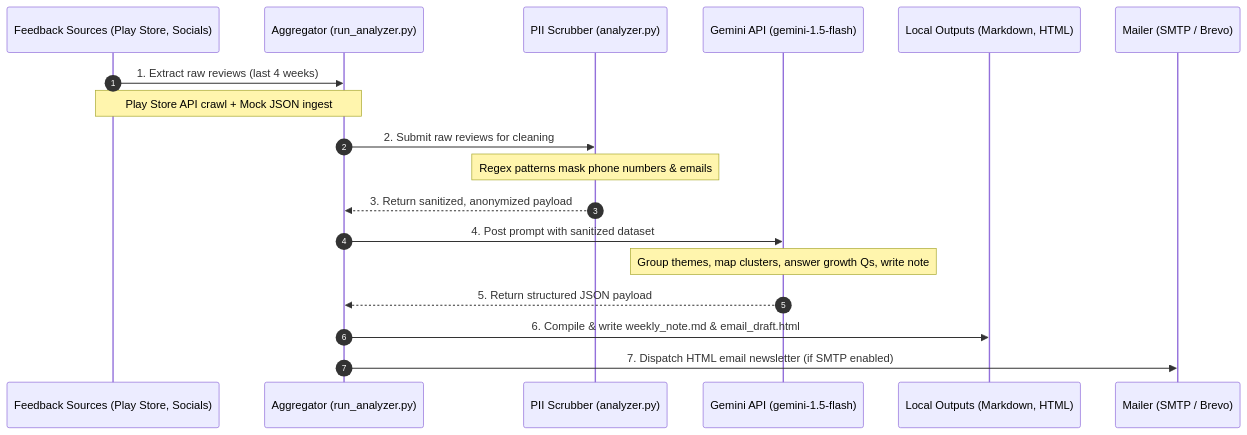
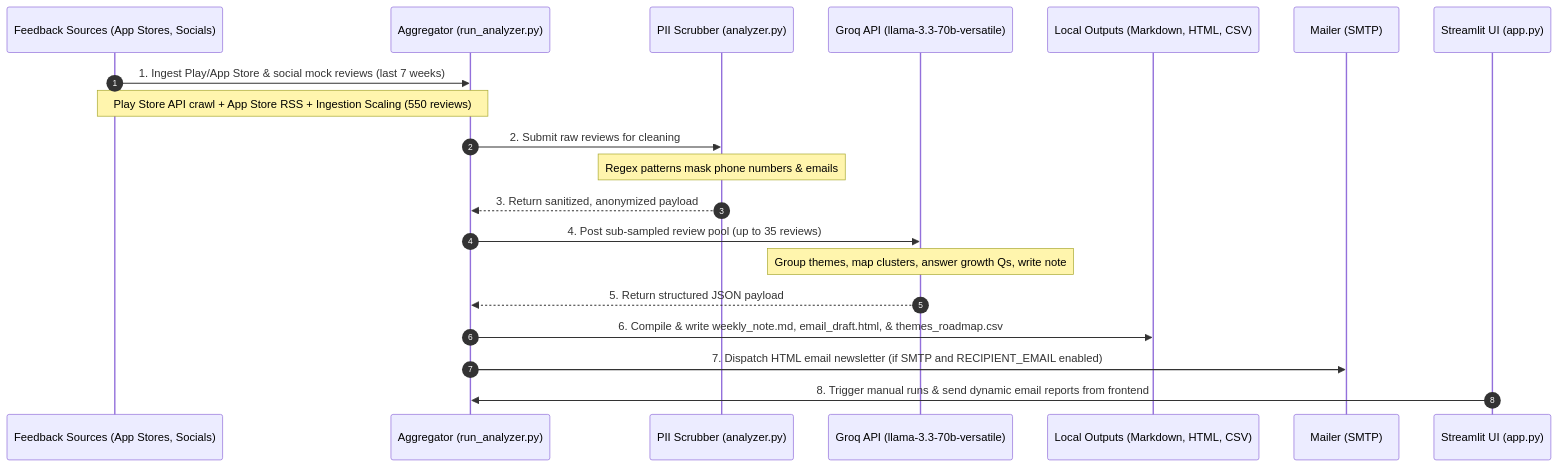
The second of 2 diagrams in ARCHITECTURE.md (codeflex123/ownly_review_analyzer), drawn with Mermaid before and after one commit. The commit also changed other lines of this file and 1 other file, not shown here.

Commit message:
docs: remove phase 6 and update architecture/readme to 5-phase design with groq

````diff
--- a/ARCHITECTURE.md
+++ b/ARCHITECTURE.md
@@ -70,21 +60,23 @@
 ```mermaid
 sequenceDiagram
     autonumber
-    participant Src as Feedback Sources (Play Store, Socials)
+    participant Src as Feedback Sources (App Stores, Socials)
     participant Agg as Aggregator (run_analyzer.py)
     participant Scrub as PII Scrubber (analyzer.py)
-    participant Gemini as Gemini API (gemini-1.5-flash)
-    participant Out as Local Outputs (Markdown, HTML)
-    participant Mail as Mailer (SMTP / Brevo)
+    participant Groq as Groq API (llama-3.3-70b-versatile)
+    participant Out as Local Outputs (Markdown, HTML, CSV)
+    participant Mail as Mailer (SMTP)
+    participant UI as Streamlit UI (app.py)
 
-    Src->>Agg: 1. Extract raw reviews (last 4 weeks)
-    Note over Src,Agg: Play Store API crawl + Mock JSON ingest
+    Src->>Agg: 1. Ingest Play/App Store & social mock reviews (last 7 weeks)
+    Note over Src,Agg: Play Store API crawl + App Store RSS + Ingestion Scaling (550 reviews)
     Agg->>Scrub: 2. Submit raw reviews for cleaning
     Note over Scrub: Regex patterns mask phone numbers & emails
     Scrub-->>Agg: 3. Return sanitized, anonymized payload
-    Agg->>Gemini: 4. Post prompt with sanitized dataset
-    Note over Gemini: Group themes, map clusters, answer growth Qs, write note
-    Gemini-->>Agg: 5. Return structured JSON payload
-    Agg->>Out: 6. Compile & write weekly_note.md & email_draft.html
-    Agg->>Mail: 7. Dispatch HTML email newsletter (if SMTP enabled)
+    Agg->>Groq: 4. Post sub-sampled review pool (up to 35 reviews)
+    Note over Groq: Group themes, map clusters, answer growth Qs, write note
+    Groq-->>Agg: 5. Return structured JSON payload
+    Agg->>Out: 6. Compile & write weekly_note.md, email_draft.html, & themes_roadmap.csv
+    Agg->>Mail: 7. Dispatch HTML email newsletter (if SMTP and RECIPIENT_EMAIL enabled)
+    UI->>Agg: 8. Trigger manual runs & send dynamic email reports from frontend
 ```
````
